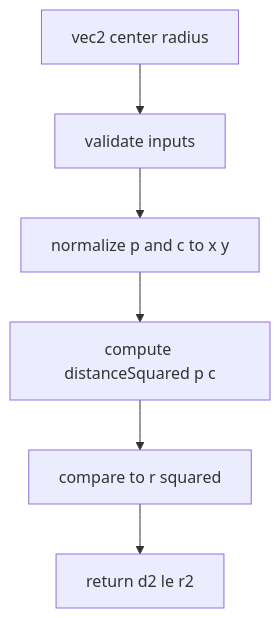
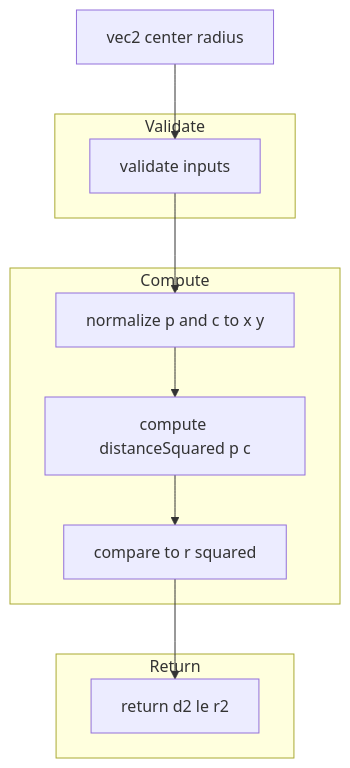
The first of 5 diagrams in docs/poly/random_points_and_sampling.md (Gh0st352/AETHR), drawn with Mermaid before and after one commit. The commit also changed other lines of this file and 9 other files, not shown here.

First line of the commit message:
docs(poly): improve README headings and mermaid diagrams

````diff
--- a/docs/poly/random_points_and_sampling.md
+++ b/docs/poly/random_points_and_sampling.md
@@ -22,8 +22,25 @@
 ```mermaid
+%% shared theme: docs/_mermaid/theme.json %%
 flowchart TD
   IN[vec2 center radius] --> VAL[validate inputs]
   VAL --> NORM[normalize p and c to x y]
   NORM --> D2[compute distanceSquared p c]
   D2 --> CMP[compare to r squared]
   CMP --> OUT[return d2 le r2]
+
+  subgraph "Validate"
+    VAL
+  end
+  subgraph "Compute"
+    NORM
+    D2
+    CMP
+  end
+  subgraph "Return"
+    OUT
+  end
+
+  class IN class_io;
+  class VAL,NORM,D2,CMP class_step;
+  class OUT class_result;
 ```
````
